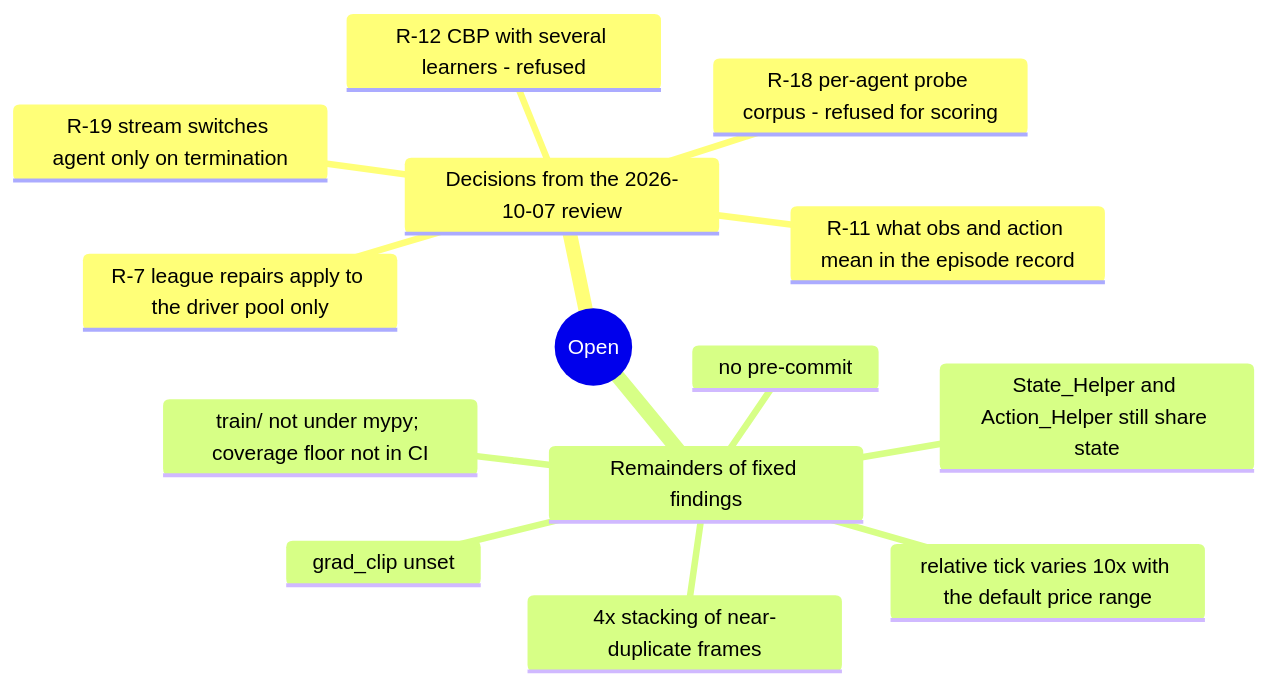
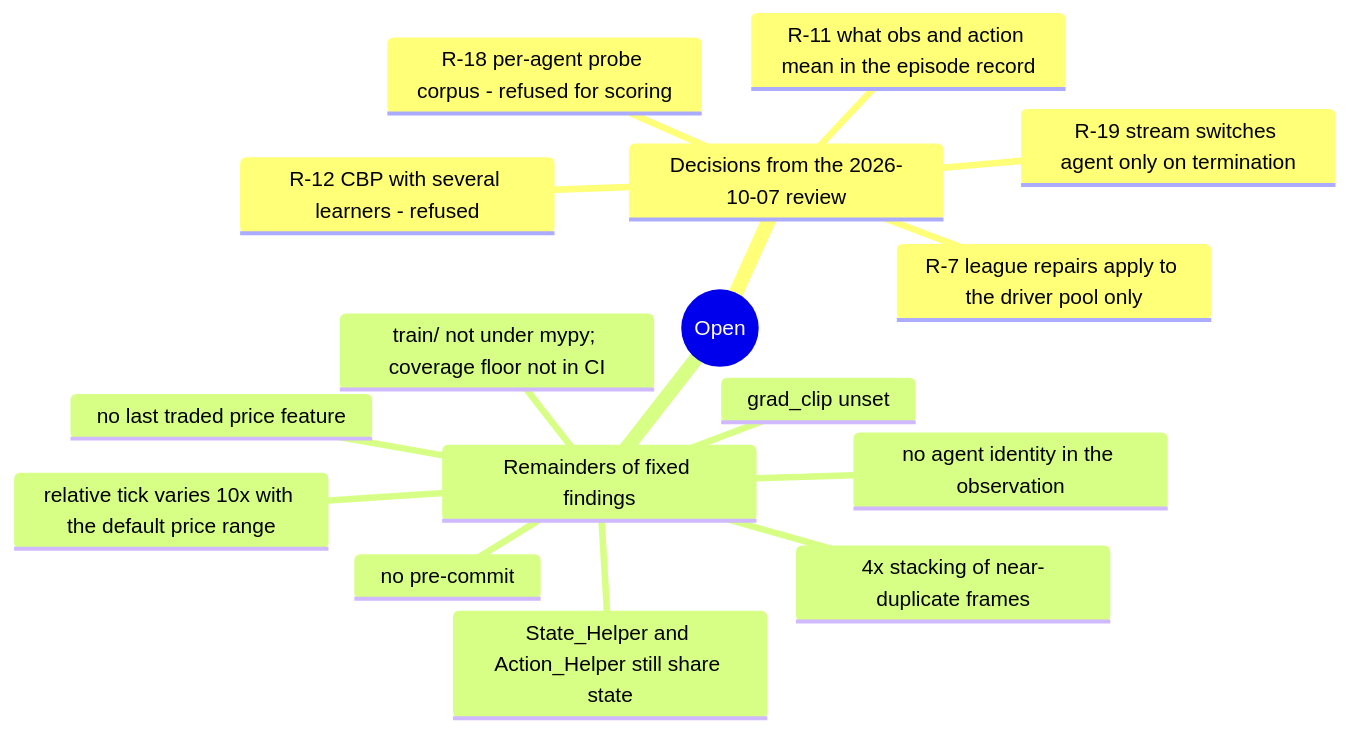
Before and after one commit to ChuaCheowHuan/gym-continuousDoubleAuction: the diagram in docs/15_findings_and_recommendations.md, drawn with Mermaid. The commit also changed other lines of this file, not shown here.

First line of the commit message:
docs/15: list agent identity and the last traded price as open (#311)

````diff
--- a/docs/15_findings_and_recommendations.md
+++ b/docs/15_findings_and_recommendations.md
@@ -30,17 +30,19 @@
 ```mermaid
 mindmap
   root((Open))
     Decisions from the 2026-10-07 review
       R-7 league repairs apply to the driver pool only
       R-11 what obs and action mean in the episode record
       R-12 CBP with several learners - refused
       R-18 per-agent probe corpus - refused for scoring
       R-19 stream switches agent only on termination
     Remainders of fixed findings
       grad_clip unset
+      no agent identity in the observation
+      no last traded price feature
       train/ not under mypy; coverage floor not in CI
       State_Helper and Action_Helper still share state
       4x stacking of near-duplicate frames
       relative tick varies 10x with the default price range
       no pre-commit
 ```
````
